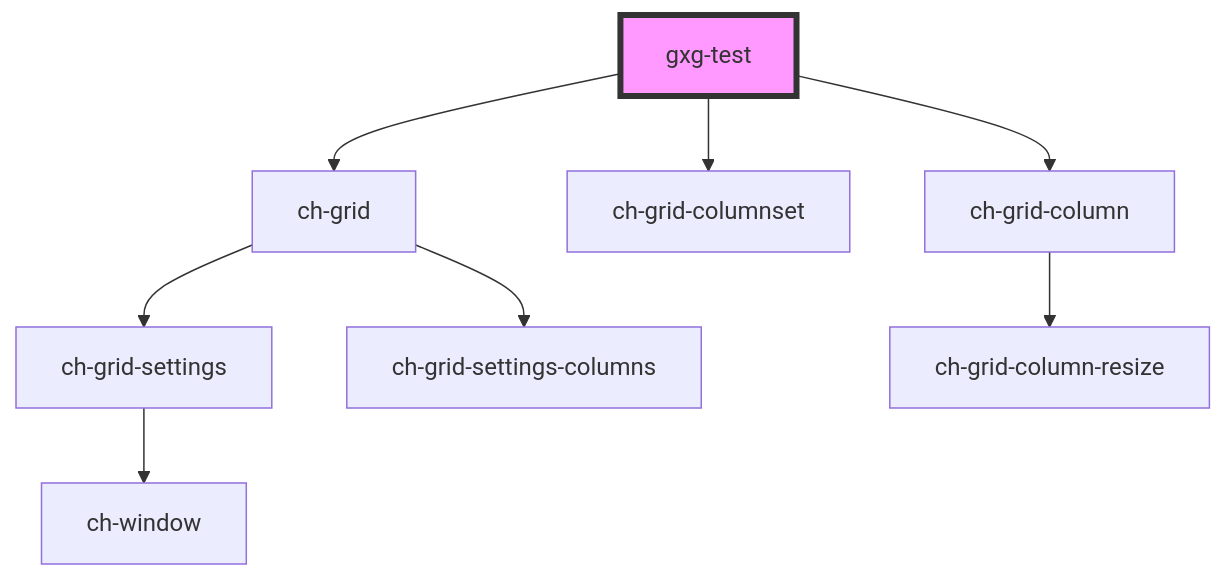
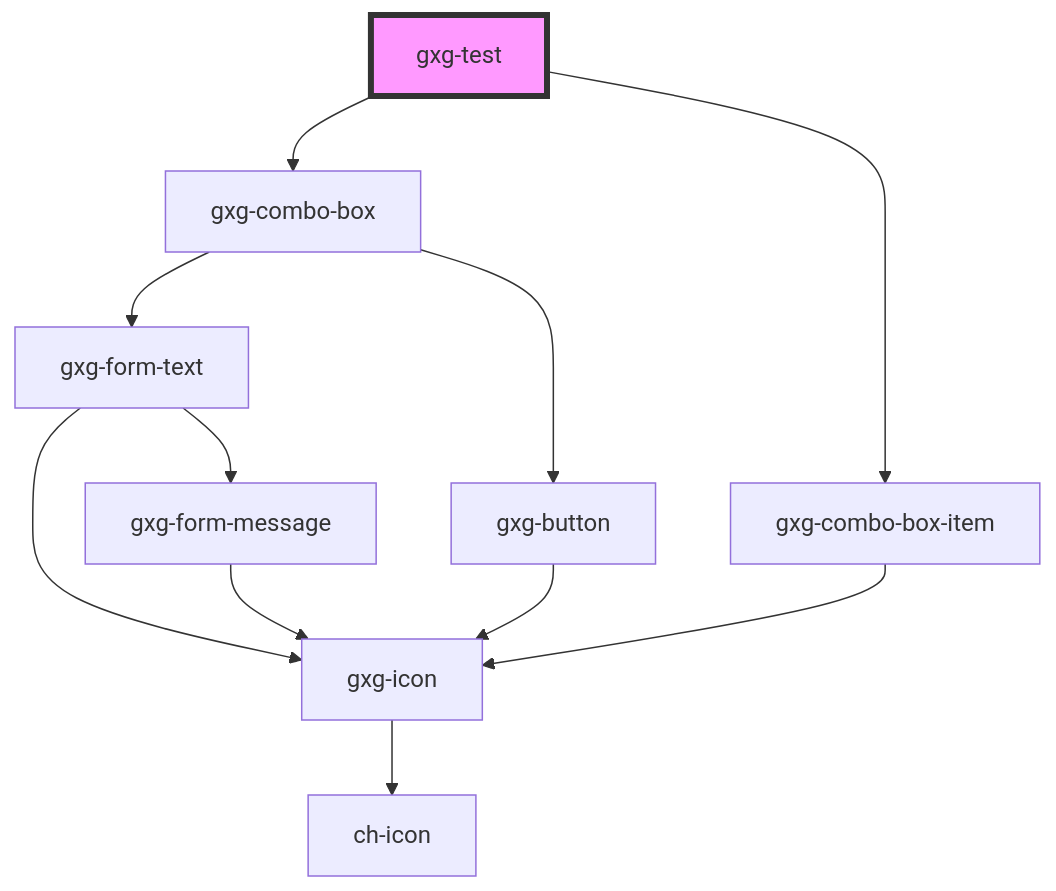
One commit to genexuslabs/gemini changed the diagram in src/components/test/readme.md. Above: the diagram before and after it, drawn with Mermaid. The commit also changed other lines of this file and 18 other files, not shown here.

````diff
--- a/src/components/test/readme.md
+++ b/src/components/test/readme.md
@@ -42,11 +41,14 @@
 ```mermaid
 graph TD;
-  gxg-test --> ch-grid
-  gxg-test --> ch-grid-columnset
-  gxg-test --> ch-grid-column
-  ch-grid --> ch-grid-settings
-  ch-grid --> ch-grid-settings-columns
-  ch-grid-settings --> ch-window
-  ch-grid-column --> ch-grid-column-resize
+  gxg-test --> gxg-combo-box
+  gxg-test --> gxg-combo-box-item
+  gxg-combo-box --> gxg-form-text
+  gxg-combo-box --> gxg-button
+  gxg-form-text --> gxg-icon
+  gxg-form-text --> gxg-form-message
+  gxg-icon --> ch-icon
+  gxg-form-message --> gxg-icon
+  gxg-button --> gxg-icon
+  gxg-combo-box-item --> gxg-icon
   style gxg-test fill:#f9f,stroke:#333,stroke-width:4px
 ```
````
